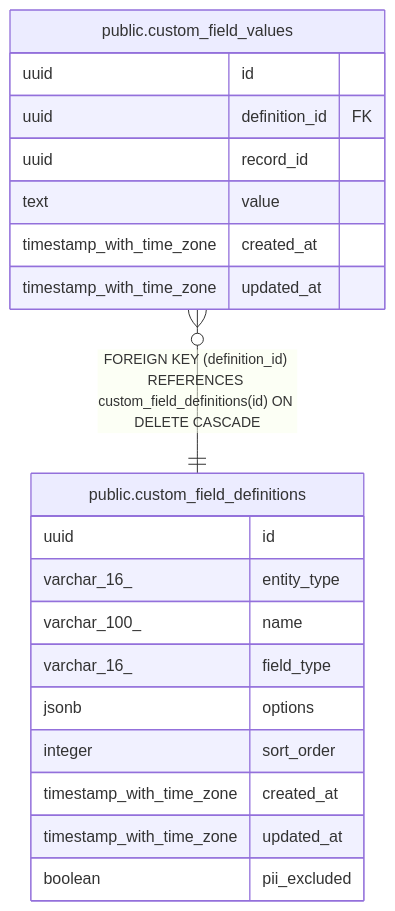
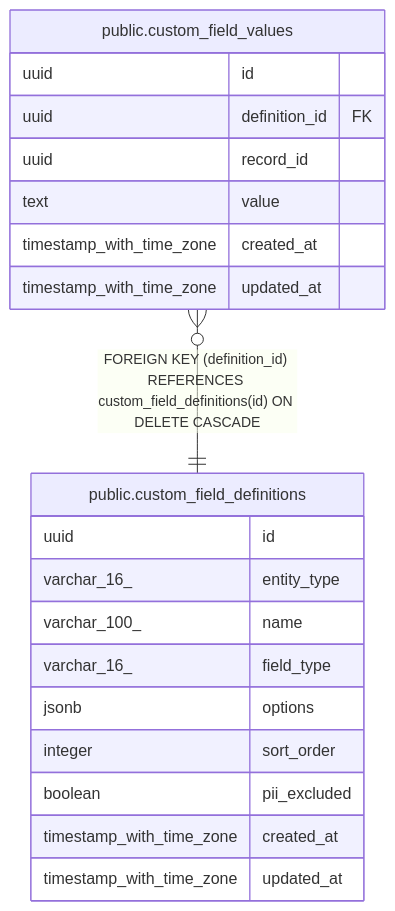
Before and after one commit to rkseattle/minicrm: the diagram in docs/schema/public.custom_field_definitions.md, drawn with Mermaid. The commit also changed other lines of this file and 21 other files, not shown here.

First line of the commit message:
feat(db): add schema for relationship health scoring and follow-up timing

````diff
--- a/docs/schema/public.custom_field_definitions.md
+++ b/docs/schema/public.custom_field_definitions.md
@@ -41,25 +41,25 @@
 ```mermaid
 erDiagram
 
 "public.custom_field_values" }o--|| "public.custom_field_definitions" : "FOREIGN KEY (definition_id) REFERENCES custom_field_definitions(id) ON DELETE CASCADE"
 
 "public.custom_field_definitions" {
   uuid id ""
   varchar_16_ entity_type ""
   varchar_100_ name ""
   varchar_16_ field_type ""
   jsonb options ""
   integer sort_order ""
+  boolean pii_excluded ""
   timestamp_with_time_zone created_at ""
   timestamp_with_time_zone updated_at ""
-  boolean pii_excluded ""
 }
 "public.custom_field_values" {
   uuid id ""
   uuid definition_id FK ""
   uuid record_id ""
   text value ""
   timestamp_with_time_zone created_at ""
   timestamp_with_time_zone updated_at ""
 }
 ```
````
